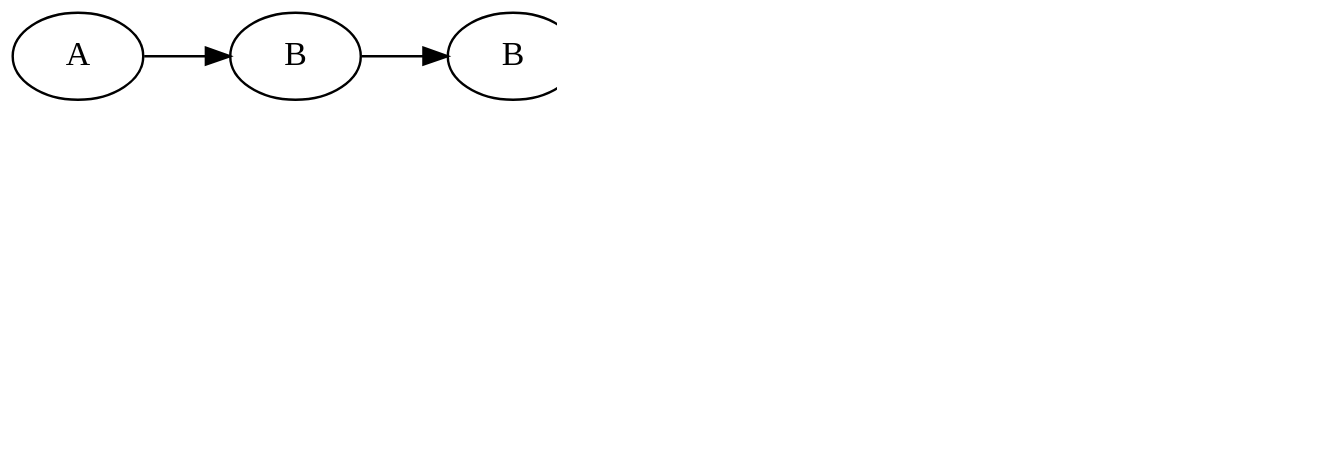
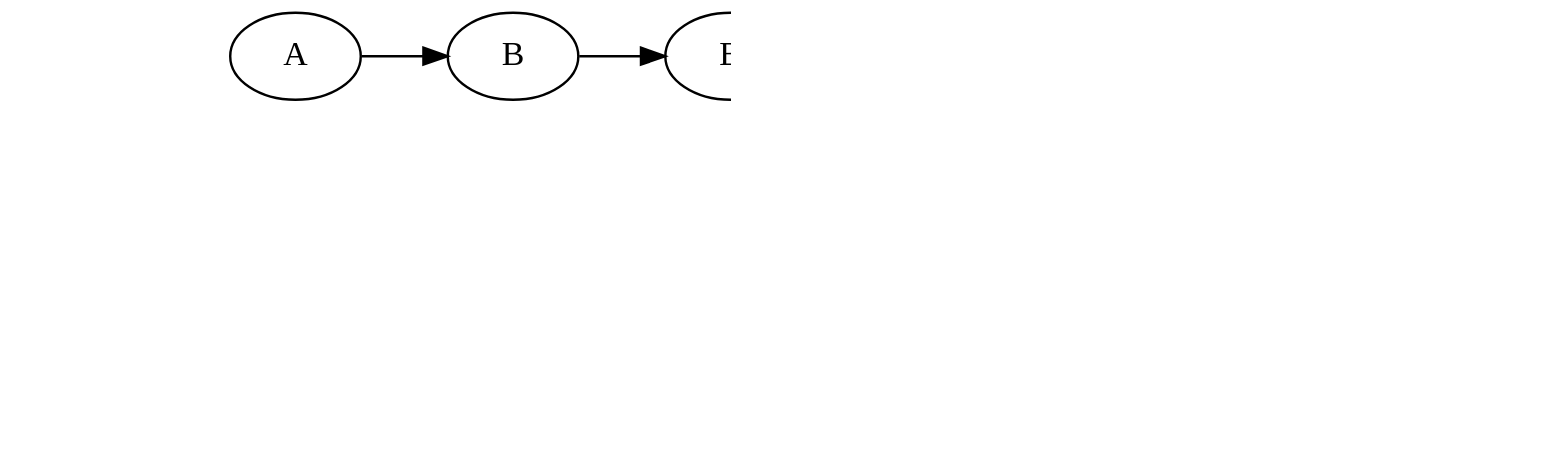
Diagram 21 of 26 in slides/src/main/asciidoc/lecture.adoc (inponomarev/kstreams-testing-pitfalls), drawn with Graphviz before and after one commit. The commit also changed other lines of this file, not shown here.

```diff
--- a/slides/src/main/asciidoc/lecture.adoc
+++ b/slides/src/main/asciidoc/lecture.adoc
@@ -908,32 +962,39 @@
 [graphviz,"transformer2.png"]
 ----
 digraph G {
 graph [ dpi = 180 ];
 rankdir="LR";
 
 A1[label="A"];
 B1[label="B"];
 A2[label="A"];
 B2[label="B"];
 
 A1 -> B1 -> B2  -> Transformer -> A2;
 
 Transformer[shape=box,label="ValueTransformerWithKey"];
 
 Transformer -> Cache;
 
 Cache[shape=box,label=<<table cellspacing="5" cellborder="0"  border="0">
         <tr><td colspan="2">Cache</td></tr>
         <tr><td>A</td><vr/><td>A</td></tr>
         <tr><td></td><vr/><td></td></tr>
         </table>>]
 Store[shape=cylinder,label=<<table cellspacing="5" cellborder="0"  border="0">
         <tr><td colspan="2">Local Store</td></tr>
         <tr><td> </td><td> </td></tr>
         </table>>];
         
 Cache -> Store;
 
 {rank = same; Transformer; Store; Cache; }
+
+
+#Padding with invisible elements
+A2 -> P2[style="invis"];
+P1 -> A1[style="invis"];
+P1[label="A", style="invis"];
+P2[label="A", style="invis"];
 }
 ----
```
